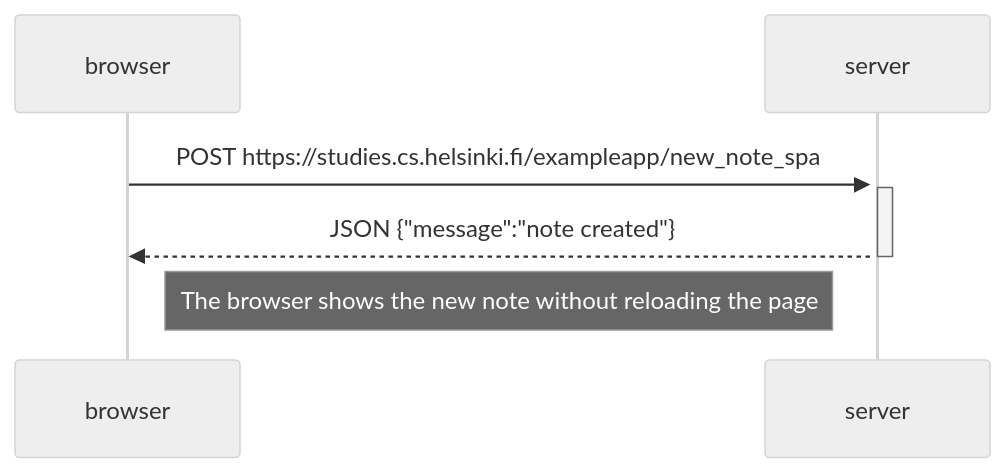
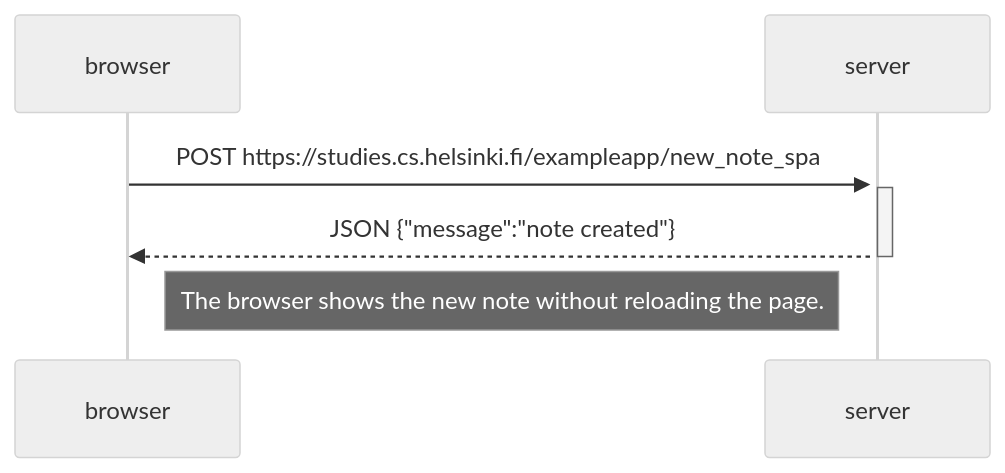
One commit to moysush/fullstackopen changed the diagram in part0/0_6_new_note_in_single_page_app_diagram.md. Above: the diagram before and after it, drawn with Mermaid (neutral theme).

````diff
--- a/part0/0_6_new_note_in_single_page_app_diagram.md
+++ b/part0/0_6_new_note_in_single_page_app_diagram.md
@@ -1,12 +1,12 @@
 ```mermaid
 sequenceDiagram
   participant browser as browser
   participant server as server
 
   browser ->>+ server: POST https://studies.cs.helsinki.fi/exampleapp/new_note_spa
   activate server
   server -->> browser: JSON {"message":"note created"}
   deactivate server
 
-  Note right of browser: The browser shows the new note without reloading the page
+  Note right of browser: The browser shows the new note without reloading the page.
 ```
````
